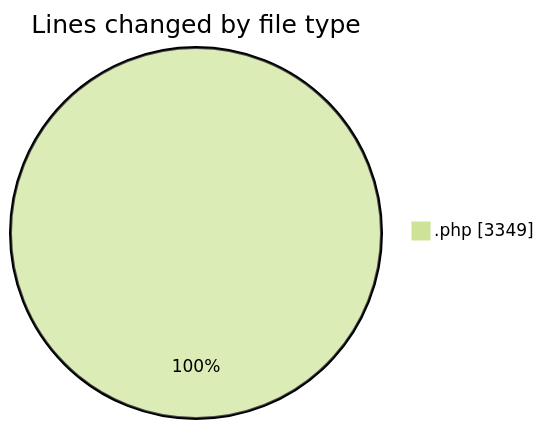
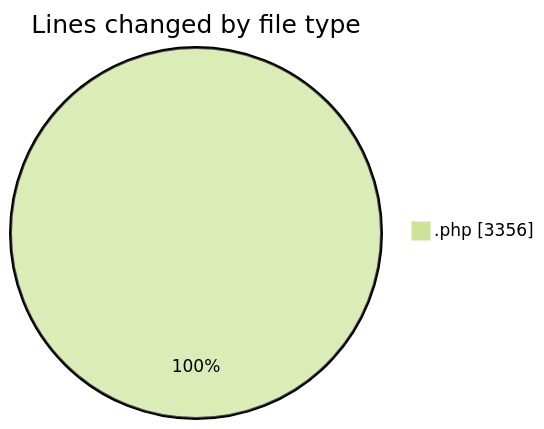
Before and after one commit to debugP/code-tracking: the first of 2 diagrams in 2025-10-03/untitled__workspace_/README.md, drawn with Mermaid (forest theme). The commit also changed other lines of this file and 1 other file, not shown here.

````diff
--- a/2025-10-03/untitled__workspace_/README.md
+++ b/2025-10-03/untitled__workspace_/README.md
@@ -20,5 +20,5 @@
 ```mermaid
 pie showData
 title Lines changed by file type
-".php" : 3349
+".php" : 3356
 ```
````
